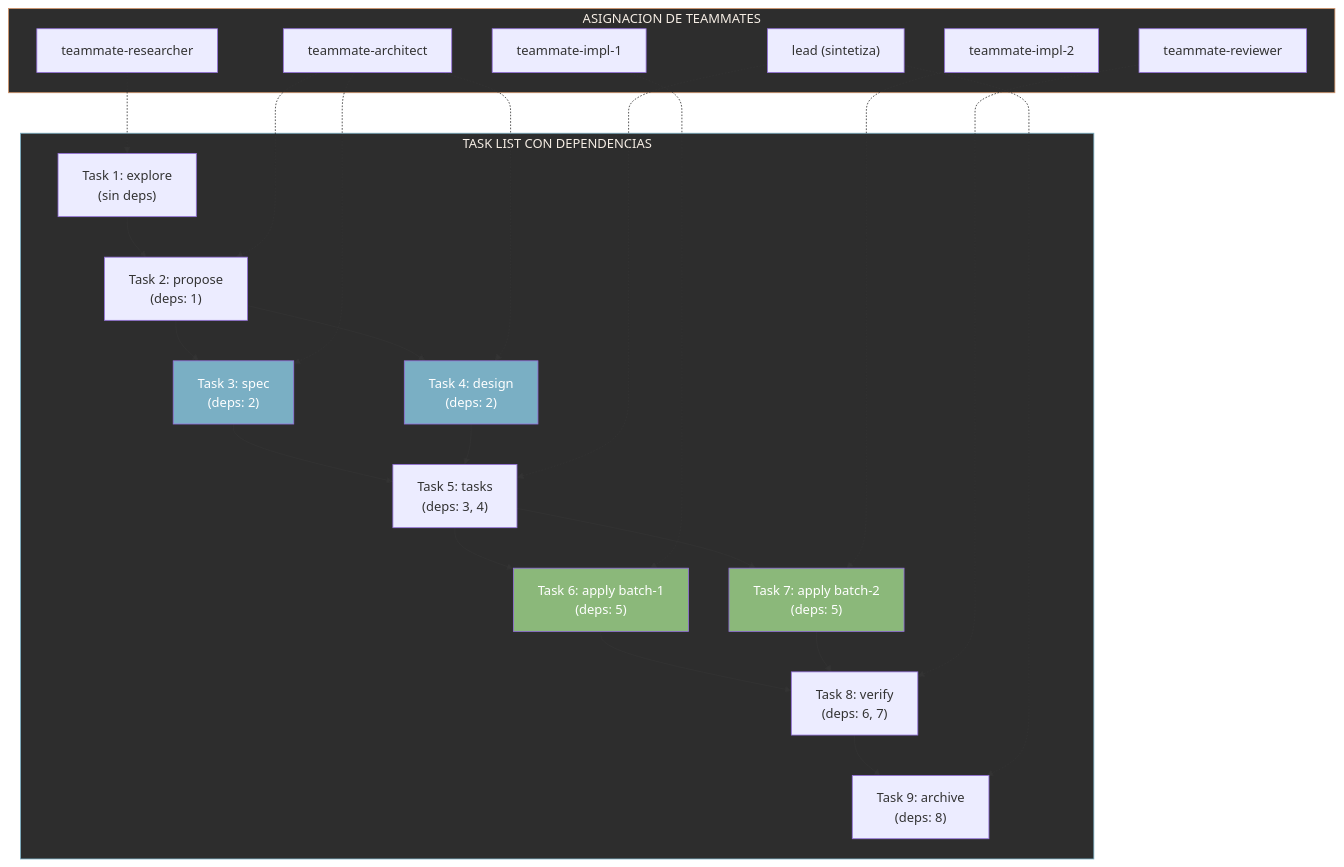
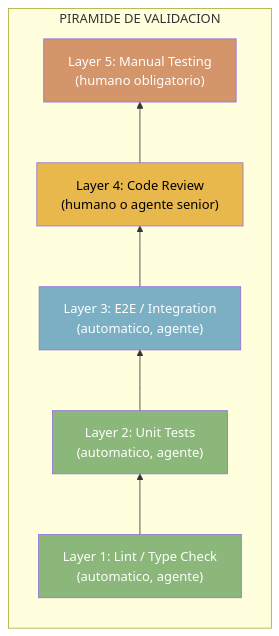
One commit to jota-batuta/batuta-dots changed diagram 13 of 14 in docs/architecture/arquitectura-diagrama.md. Above: the diagram before and after it, drawn with Mermaid. The commit also changed other lines of this file and 120 other files, not shown here.

````diff
--- a/docs/architecture/arquitectura-diagrama.md
+++ b/docs/architecture/arquitectura-diagrama.md
@@ -782,51 +469,19 @@
 ```mermaid
-flowchart TD
-    subgraph TASKS["TASK LIST CON DEPENDENCIAS"]
-        T1["Task 1: explore<br/>(sin deps)"]
-        T2["Task 2: propose<br/>(deps: 1)"]
-        T3["Task 3: spec<br/>(deps: 2)"]
-        T4["Task 4: design<br/>(deps: 2)"]
-        T5["Task 5: tasks<br/>(deps: 3, 4)"]
-        T6["Task 6: apply batch-1<br/>(deps: 5)"]
-        T7["Task 7: apply batch-2<br/>(deps: 5)"]
-        T8["Task 8: verify<br/>(deps: 6, 7)"]
-        T9["Task 9: archive<br/>(deps: 8)"]
+flowchart BT
+    subgraph PYRAMID["PIRAMIDE DE VALIDACION"]
+        direction BT
+        L1["Layer 1: Lint / Type Check<br/>(automatico, agente)"]
+        L2["Layer 2: Unit Tests<br/>(automatico, agente)"]
+        L3["Layer 3: E2E / Integration<br/>(automatico, agente)"]
+        L4["Layer 4: Code Review<br/>(humano o agente senior)"]
+        L5["Layer 5: Manual Testing<br/>(humano obligatorio)"]
     end
 
-    subgraph TEAMMATES["ASIGNACION DE TEAMMATES"]
-        RESEARCHER["teammate-researcher"]
-        ARCHITECT["teammate-architect"]
-        LEAD_TM["lead (sintetiza)"]
-        IMPL1["teammate-impl-1"]
-        IMPL2["teammate-impl-2"]
-        REVIEWER["teammate-reviewer"]
-    end
+    L1 --> L2 --> L3 --> L4 --> L5
 
-    T1 --> T2
-    T2 --> T3
-    T2 --> T4
-    T3 --> T5
-    T4 --> T5
-    T5 --> T6
-    T5 --> T7
-    T6 --> T8
-    T7 --> T8
-    T8 --> T9
-
-    RESEARCHER -.-> T1
-    ARCHITECT -.-> T2
-    ARCHITECT -.-> T3
-    ARCHITECT -.-> T4
-    LEAD_TM -.-> T5
-    IMPL1 -.-> T6
-    IMPL2 -.-> T7
-    REVIEWER -.-> T8
-    LEAD_TM -.-> T9
-
-    style TASKS fill:#2d2d2d,stroke:#7AAFC4,color:#F5EDE4
-    style TEAMMATES fill:#2d2d2d,stroke:#D4956A,color:#F5EDE4
-    style T3 fill:#7AAFC4,color:#fff
-    style T4 fill:#7AAFC4,color:#fff
-    style T6 fill:#8BB87A,color:#fff
-    style T7 fill:#8BB87A,color:#fff
+    style L1 fill:#8BB87A,color:#fff
+    style L2 fill:#8BB87A,color:#fff
+    style L3 fill:#7AAFC4,color:#fff
+    style L4 fill:#E8B84D,color:#000
+    style L5 fill:#D4956A,color:#fff
 ```
````
